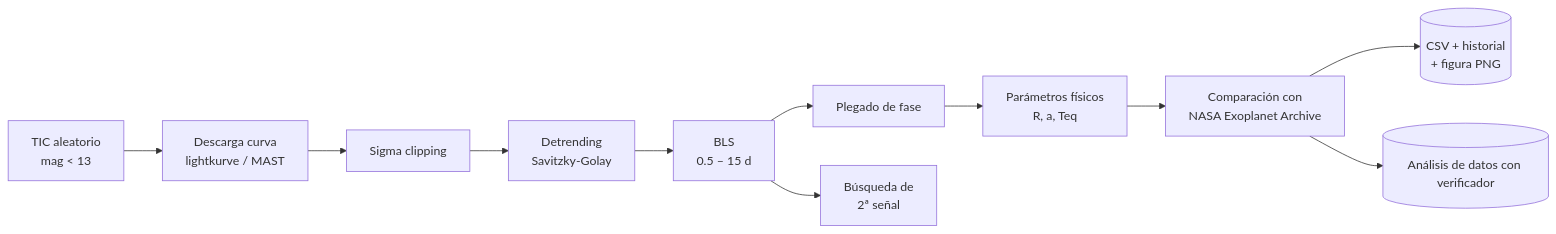
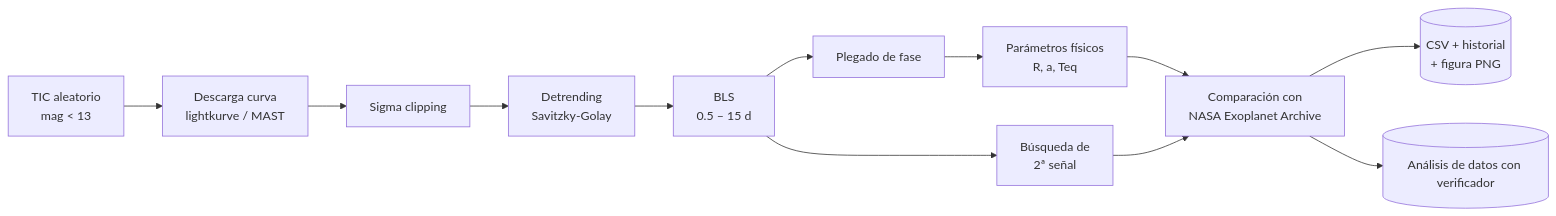
The diagram in README.md (GaelMelga/Detector_exoplanetas), drawn with Mermaid before and after one commit.

````diff
--- a/README.md
+++ b/README.md
@@ -35,13 +35,13 @@
 ```mermaid
 flowchart LR
     A[TIC aleatorio<br/>mag &lt; 13] --> B[Descarga curva<br/>lightkurve / MAST]
     B --> C[Sigma clipping]
     C --> D[Detrending<br/>Savitzky-Golay]
     D --> E[BLS<br/>0.5 – 15 d]
     E --> F[Plegado de fase]
     E --> G[Búsqueda de<br/>2ª señal]
     F --> H[Parámetros físicos<br/>R, a, Teq]
-    H --> I[Comparación con<br/>NASA Exoplanet Archive]
+    H & G --> I[Comparación con<br/>NASA Exoplanet Archive]
     I --> J[(CSV + historial<br/>+ figura PNG)]
     I --> K[(Análisis de datos con verificador)]
 ```
````
